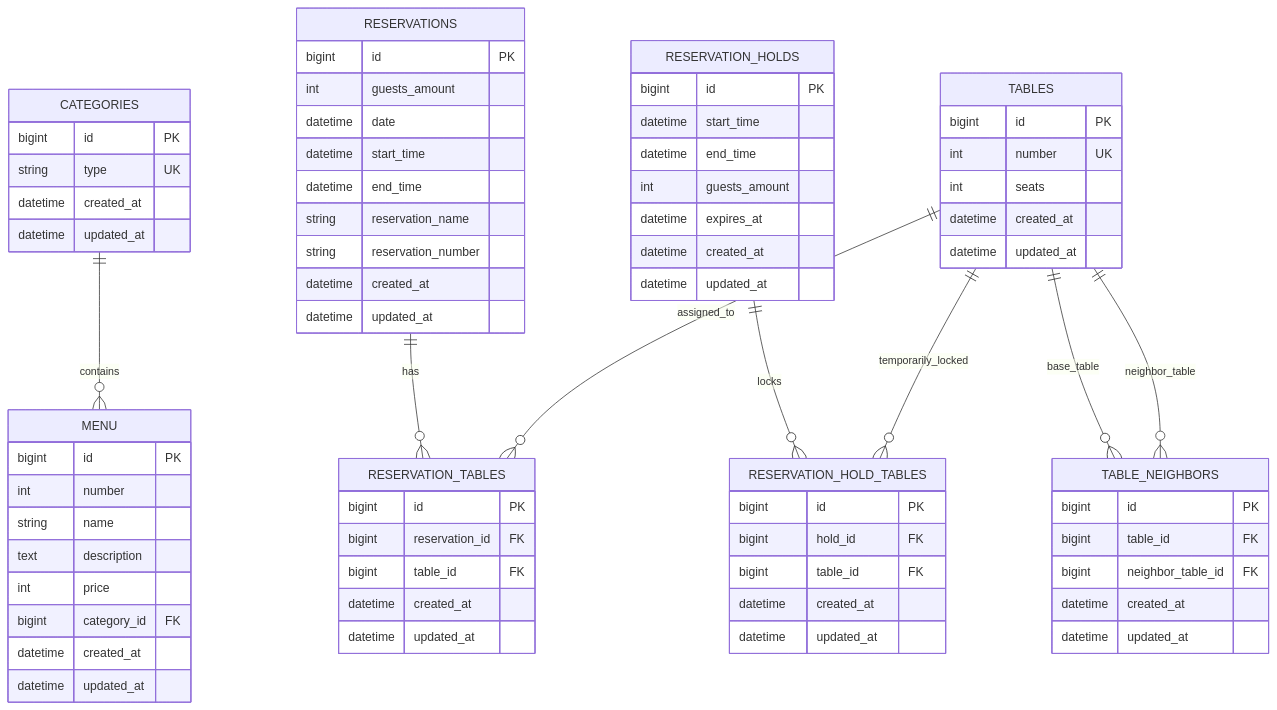
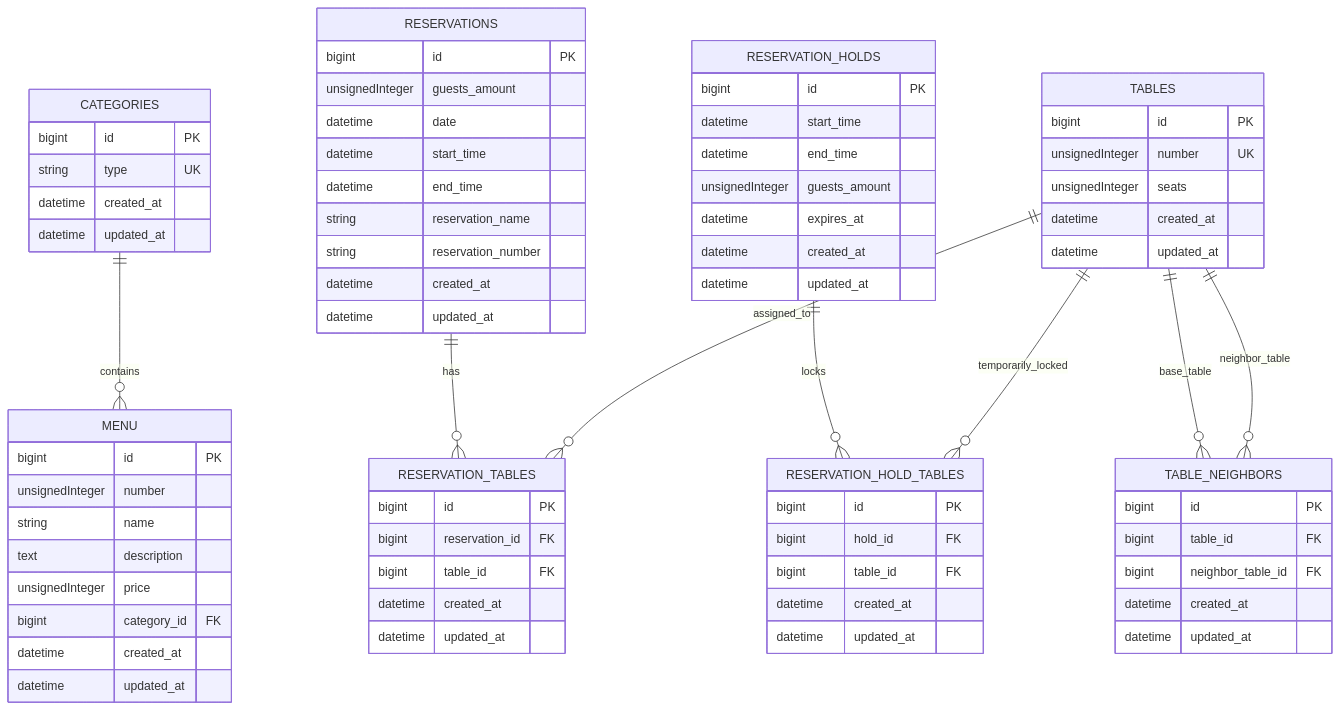
One commit to polinaprometeya/cafe_v changed the first of 2 diagrams in entity_relationship_diagram.md. Above: the diagram before and after it, drawn with Mermaid. The commit also changed other lines of this file and 7 other files, not shown here.

```diff
--- a/entity_relationship_diagram.md
+++ b/entity_relationship_diagram.md
@@ -22,10 +26,10 @@
 
     MENU {
       bigint id PK
-      int number
+      unsignedInteger number
       string name
       text description
-      int price
+      unsignedInteger price
       bigint category_id FK
       datetime created_at
       datetime updated_at
@@ -33,7 +37,7 @@
 
     RESERVATIONS {
       bigint id PK
-      int guests_amount
+      unsignedInteger guests_amount
       datetime date
       datetime start_time
       datetime end_time
@@ -45,8 +49,8 @@
 
     TABLES {
       bigint id PK
-      int number UK
-      int seats
+      unsignedInteger number UK
+      unsignedInteger seats
       datetime created_at
       datetime updated_at
     }
@@ -63,7 +67,7 @@
       bigint id PK
       datetime start_time
       datetime end_time
-      int guests_amount
+      unsignedInteger guests_amount
       datetime expires_at
       datetime created_at
       datetime updated_at
```
